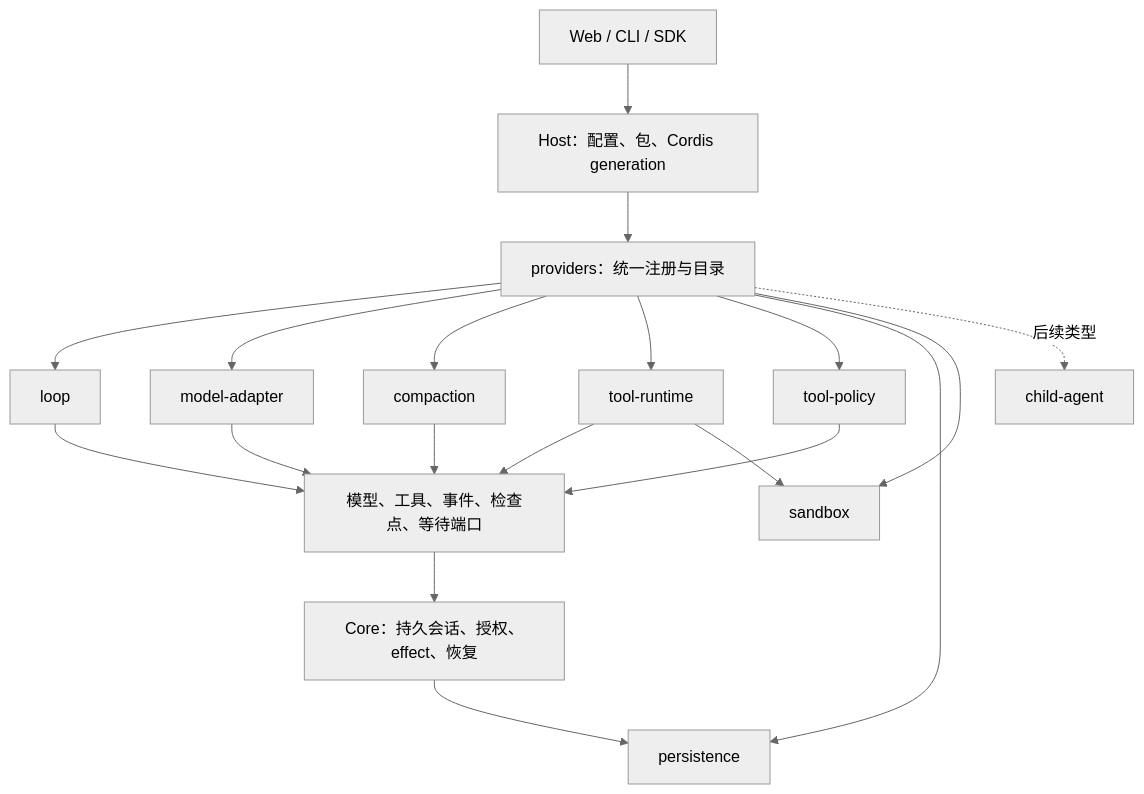
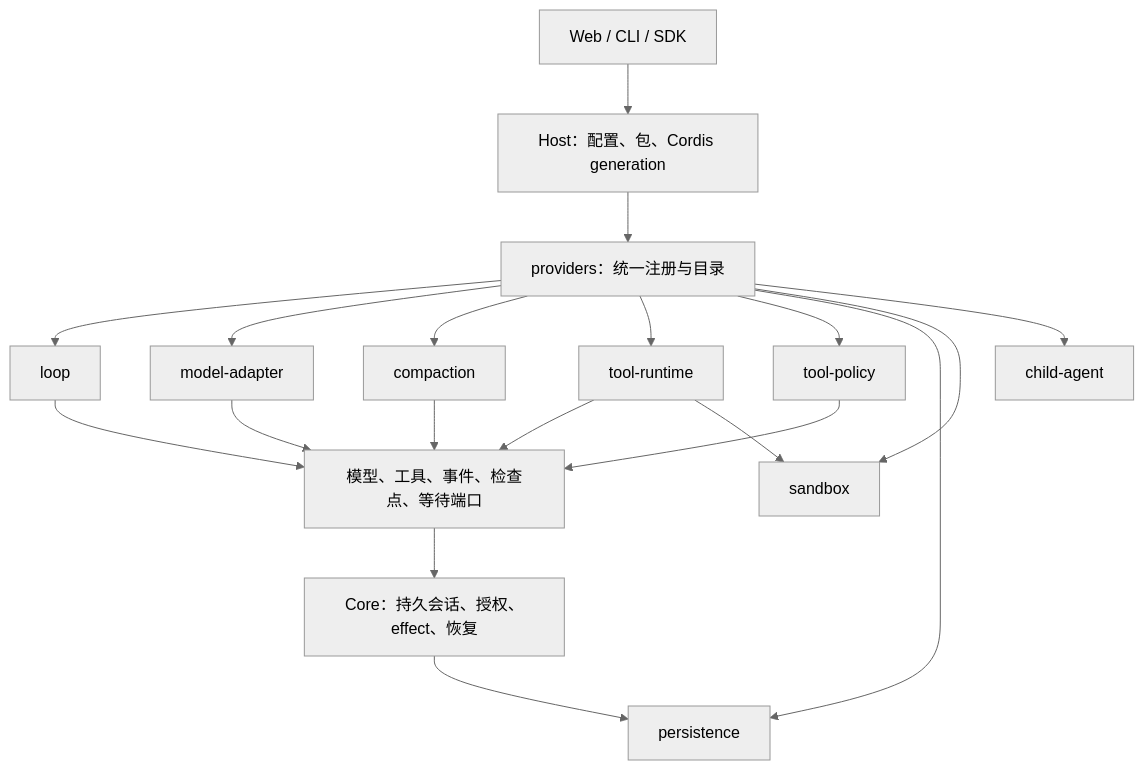
Before and after one commit to AgnesAI-Labs/agnes-harness: the diagram in docs/develop/architecture-plugins.zh-CN.md, drawn with Mermaid (neutral theme). The commit also changed other lines of this file and 5 other files, not shown here.

First line of the commit message:
docs: describe the child-agent provider kind

````diff
--- a/docs/develop/architecture-plugins.zh-CN.md
+++ b/docs/develop/architecture-plugins.zh-CN.md
@@ -9,21 +9,21 @@
 ```mermaid
 flowchart TD
   Clients[Web / CLI / SDK] --> Host[Host：配置、包、Cordis generation]
   Host --> Registry[providers：统一注册与目录]
   Registry --> Loop[loop]
   Registry --> Model[model-adapter]
   Registry --> Compact[compaction]
   Registry --> Runtime[tool-runtime]
   Registry --> Policy[tool-policy]
   Registry --> Store[persistence]
   Registry --> Sandbox[sandbox]
-  Registry -. 后续类型 .-> Children[child-agent]
+  Registry --> Children[child-agent]
   Loop --> Ports[模型、工具、事件、检查点、等待端口]
   Model --> Ports
   Compact --> Ports
   Runtime --> Ports
   Policy --> Ports
   Ports --> Core[Core：持久会话、授权、effect、恢复]
   Core --> Store
   Runtime --> Sandbox
 ```
````
